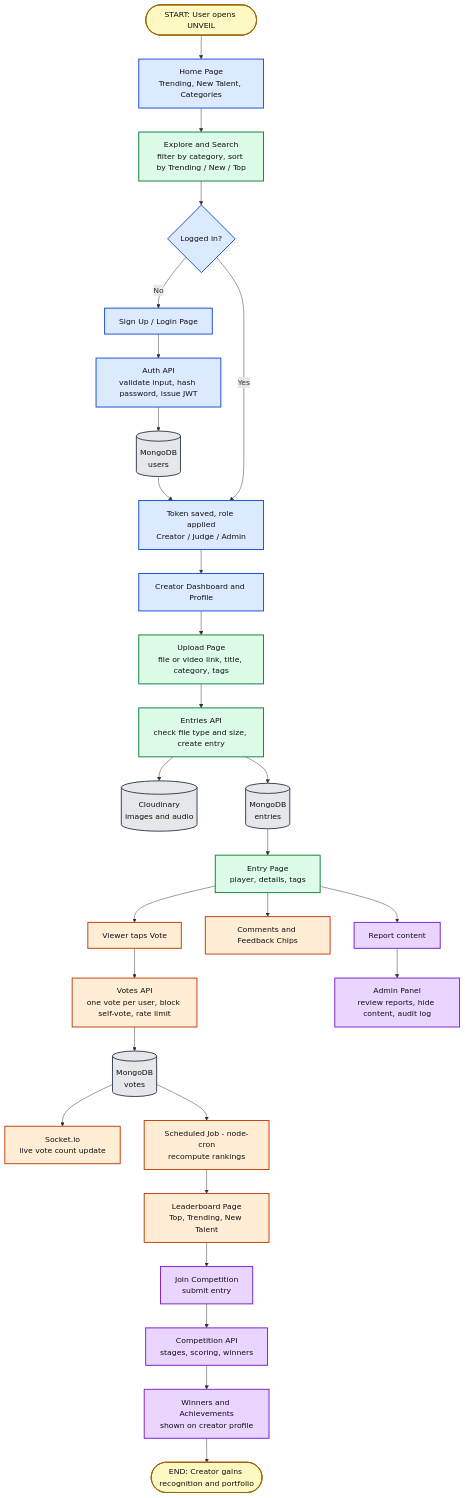
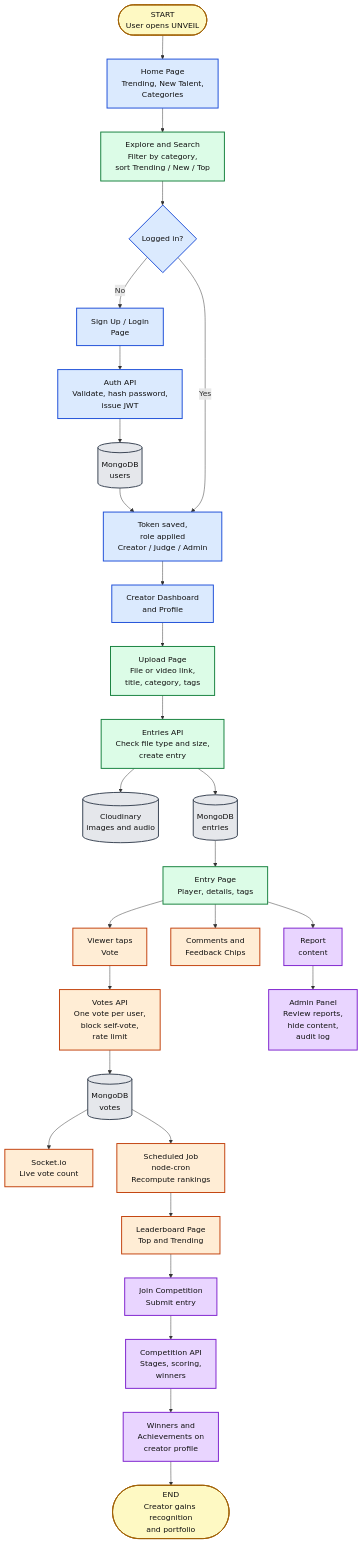
One commit to ChaturthiHV/Unveil changed the diagram in README.md. Above: the diagram before and after it, drawn with Mermaid.

Commit message:
Update flowchart and improve text clarity in README

````diff
--- a/README.md
+++ b/README.md
@@ -121,44 +121,44 @@
 ```mermaid
 flowchart TD
-    A(["START: User opens UNVEIL"]):::start --> B["Home Page<br/>Trending, New Talent, Categories"]:::drishti
-    B --> C["Explore and Search<br/>filter by category, sort by Trending / New / Top"]:::disha
+    A(["START<br/>User opens UNVEIL"]):::start --> B["Home Page<br/>Trending, New Talent,<br/>Categories"]:::drishti
+    B --> C["Explore and Search<br/>Filter by category,<br/>sort Trending / New / Top"]:::disha
     C --> D{"Logged in?"}:::drishti
 
-    D -->|No| E["Sign Up / Login Page"]:::drishti
-    E --> F["Auth API<br/>validate input, hash password, issue JWT"]:::drishti
+    D -->|No| E["Sign Up / Login<br/>Page"]:::drishti
+    E --> F["Auth API<br/>Validate, hash password,<br/>issue JWT"]:::drishti
     F --> G[("MongoDB<br/>users")]:::db
-    G --> H["Token saved, role applied<br/>Creator / Judge / Admin"]:::drishti
+    G --> H["Token saved,<br/>role applied<br/>Creator / Judge / Admin"]:::drishti
     D -->|Yes| H
 
-    H --> I["Creator Dashboard and Profile"]:::drishti
-    I --> J["Upload Page<br/>file or video link, title, category, tags"]:::disha
-    J --> K["Entries API<br/>check file type and size, create entry"]:::disha
+    H --> I["Creator Dashboard<br/>and Profile"]:::drishti
+    I --> J["Upload Page<br/>File or video link,<br/>title, category, tags"]:::disha
+    J --> K["Entries API<br/>Check file type and size,<br/>create entry"]:::disha
     K --> L[("Cloudinary<br/>images and audio")]:::db
     K --> M[("MongoDB<br/>entries")]:::db
-    M --> N["Entry Page<br/>player, details, tags"]:::disha
+    M --> N["Entry Page<br/>Player, details, tags"]:::disha
 
-    N --> O["Viewer taps Vote"]:::anagha
-    O --> P["Votes API<br/>one vote per user, block self-vote, rate limit"]:::anagha
+    N --> O["Viewer taps<br/>Vote"]:::anagha
+    O --> P["Votes API<br/>One vote per user,<br/>block self-vote,<br/>rate limit"]:::anagha
     P --> Q[("MongoDB<br/>votes")]:::db
-    Q --> R["Socket.io<br/>live vote count update"]:::anagha
-    N --> S["Comments and Feedback Chips"]:::anagha
+    Q --> R["Socket.io<br/>Live vote count"]:::anagha
+    N --> S["Comments and<br/>Feedback Chips"]:::anagha
 
-    Q --> T["Scheduled Job - node-cron<br/>recompute rankings"]:::anagha
-    T --> U["Leaderboard Page<br/>Top, Trending, New Talent"]:::anagha
+    Q --> T["Scheduled Job<br/>node-cron<br/>Recompute rankings"]:::anagha
+    T --> U["Leaderboard Page<br/>Top and Trending"]:::anagha
 
-    U --> V["Join Competition<br/>submit entry"]:::chaturthi
-    V --> W["Competition API<br/>stages, scoring, winners"]:::chaturthi
-    W --> X["Winners and Achievements<br/>shown on creator profile"]:::chaturthi
+    U --> V["Join Competition<br/>Submit entry"]:::chaturthi
+    V --> W["Competition API<br/>Stages, scoring,<br/>winners"]:::chaturthi
+    W --> X["Winners and<br/>Achievements on<br/>creator profile"]:::chaturthi
 
-    N --> Y["Report content"]:::chaturthi
-    Y --> Z["Admin Panel<br/>review reports, hide content, audit log"]:::chaturthi
+    N --> Y["Report<br/>content"]:::chaturthi
+    Y --> Z["Admin Panel<br/>Review reports,<br/>hide content,<br/>audit log"]:::chaturthi
 
-    X --> FIN(["END: Creator gains recognition and portfolio"]):::start
+    X --> FIN(["END<br/>Creator gains recognition<br/>and portfolio"]):::start
 
     classDef start fill:#fef9c3,stroke:#a16207,stroke-width:2px,color:#111
     classDef chaturthi fill:#e9d5ff,stroke:#7e22ce,stroke-width:2px,color:#111
     classDef drishti fill:#dbeafe,stroke:#1d4ed8,stroke-width:2px,color:#111
     classDef disha fill:#dcfce7,stroke:#15803d,stroke-width:2px,color:#111
     classDef anagha fill:#ffedd5,stroke:#c2410c,stroke-width:2px,color:#111
     classDef db fill:#e5e7eb,stroke:#374151,stroke-width:2px,color:#111
 ```
````
